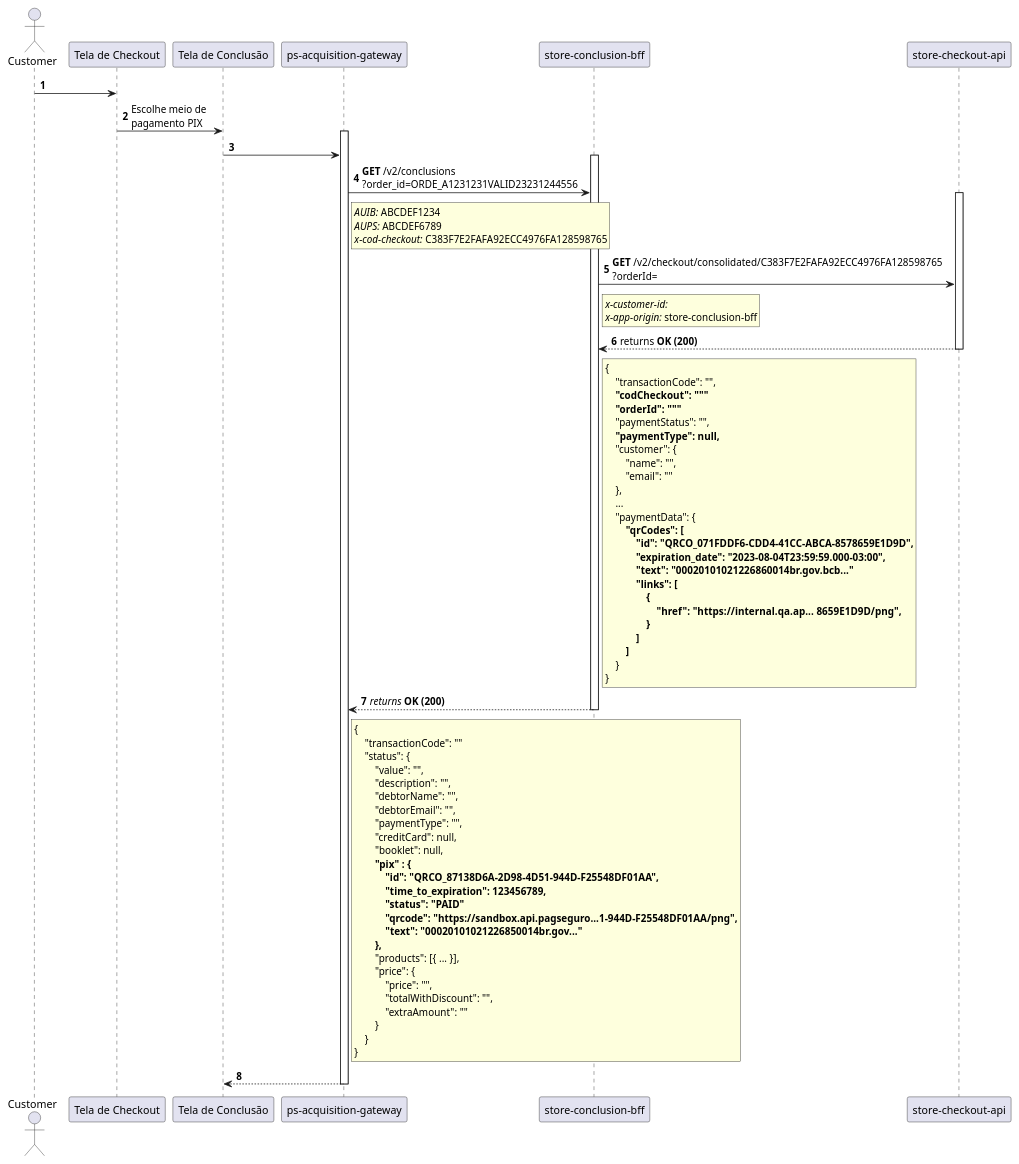
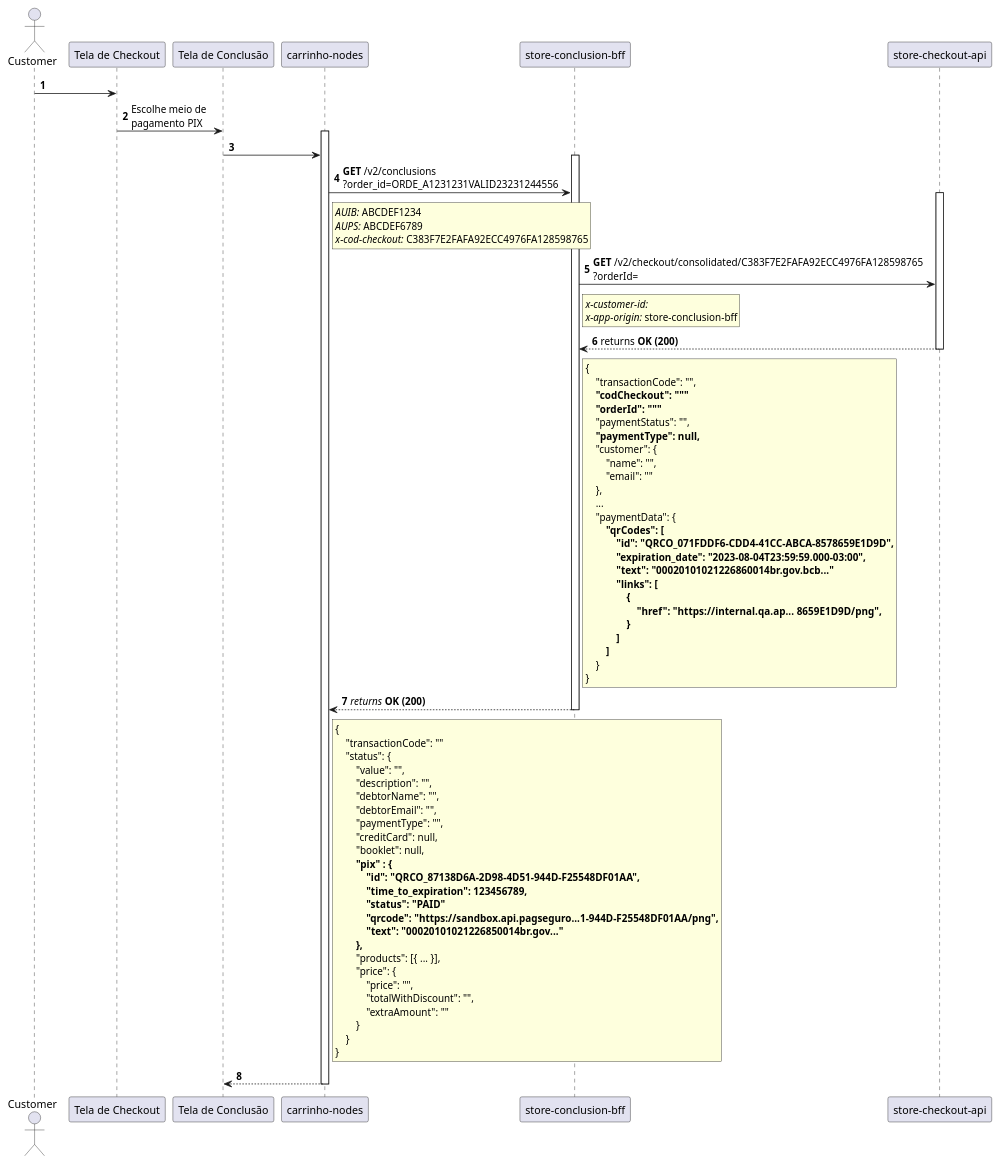
The diagram in diagrams/Fluxo Obter informações do Pix na tela de conclusão.puml (iddtmatos/http-requests), drawn with PlantUML before and after one commit.

Commit message:
carrinho nodes

```diff
--- a/diagrams/Fluxo Obter informações do Pix na tela de conclusão.puml
+++ b/diagrams/Fluxo Obter informações do Pix na tela de conclusão.puml
@@ -1,85 +1,85 @@
 @startuml
 autonumber
 actor Customer
 
 Customer -> "Tela de Checkout"
 "Tela de Checkout" -> "Tela de Conclusão": Escolhe meio de\npagamento PIX
-activate "ps-acquisition-gateway"
+activate "carrinho-nodes"
 
-    "Tela de Conclusão" -> "ps-acquisition-gateway"
+    "Tela de Conclusão" -> "carrinho-nodes"
     activate "store-conclusion-bff"
-        "ps-acquisition-gateway" -> "store-conclusion-bff": **GET** /v2/conclusions\n?order_id=ORDE_A1231231VALID23231244556
-        rnote right "ps-acquisition-gateway"
+        "carrinho-nodes" -> "store-conclusion-bff": **GET** /v2/conclusions\n?order_id=ORDE_A1231231VALID23231244556
+        rnote right "carrinho-nodes"
         //AUIB:// ABCDEF1234
         //AUPS:// ABCDEF6789
         //x-cod-checkout:// C383F7E2FAFA92ECC4976FA128598765
         end note
 
         activate "store-checkout-api"
             "store-conclusion-bff" -> "store-checkout-api": **GET** /v2/checkout/consolidated/C383F7E2FAFA92ECC4976FA128598765\n?orderId=
             rnote right "store-conclusion-bff"
             //x-customer-id://
             //x-app-origin:// store-conclusion-bff
             end note
             "store-checkout-api" --> "store-conclusion-bff": returns **OK (200)**
             rnote right "store-conclusion-bff"
             {
                 "transactionCode": "",
                 **"codCheckout": """**
                 **"orderId": """**
                 "paymentStatus": "",
                 **"paymentType": null,**
                 "customer": {
                     "name": "",
                     "email": ""
                 },
                 ...
                 "paymentData": {
                     **"qrCodes": [**
                     **    "id": "QRCO_071FDDF6-CDD4-41CC-ABCA-8578659E1D9D",**
                     **    "expiration_date": "2023-08-04T23:59:59.000-03:00",**
                     **    "text": "00020101021226860014br.gov.bcb..."**
                     **    "links": [**
                     **        {**
                     **            "href": "https://internal.qa.ap...  8659E1D9D/png",**
                     **        }**
                     **    ]**
                     **]**
                 }
             }
             end note
         deactivate "store-checkout-api"
-        "store-conclusion-bff" --> "ps-acquisition-gateway": //returns// **OK (200)**
-        rnote right "ps-acquisition-gateway"
+        "store-conclusion-bff" --> "carrinho-nodes": //returns// **OK (200)**
+        rnote right "carrinho-nodes"
         {
             "transactionCode": ""
             "status": {
                 "value": "",
                 "description": "",
                 "debtorName": "",
                 "debtorEmail": "",
                 "paymentType": "",
                 "creditCard": null,
                 "booklet": null,
                 **"pix" : {**
                 **    "id": "QRCO_87138D6A-2D98-4D51-944D-F25548DF01AA",**
                 **    "time_to_expiration": 123456789,**
                 **    "status": "PAID"**
                 **    "qrcode": "https://sandbox.api.pagseguro...1-944D-F25548DF01AA/png",**
                 **    "text": "00020101021226850014br.gov..."**
                 **},**
                 "products": [{ ... }],
                 "price": {
                     "price": "",
                     "totalWithDiscount": "",
                     "extraAmount": ""
                 }
             }
         }
         end note
     deactivate "store-conclusion-bff"
 
-    "ps-acquisition-gateway" --> "Tela de Conclusão"
+    "carrinho-nodes" --> "Tela de Conclusão"
 
-deactivate "ps-acquisition-gateway"
+deactivate "carrinho-nodes"
 @enduml
```
